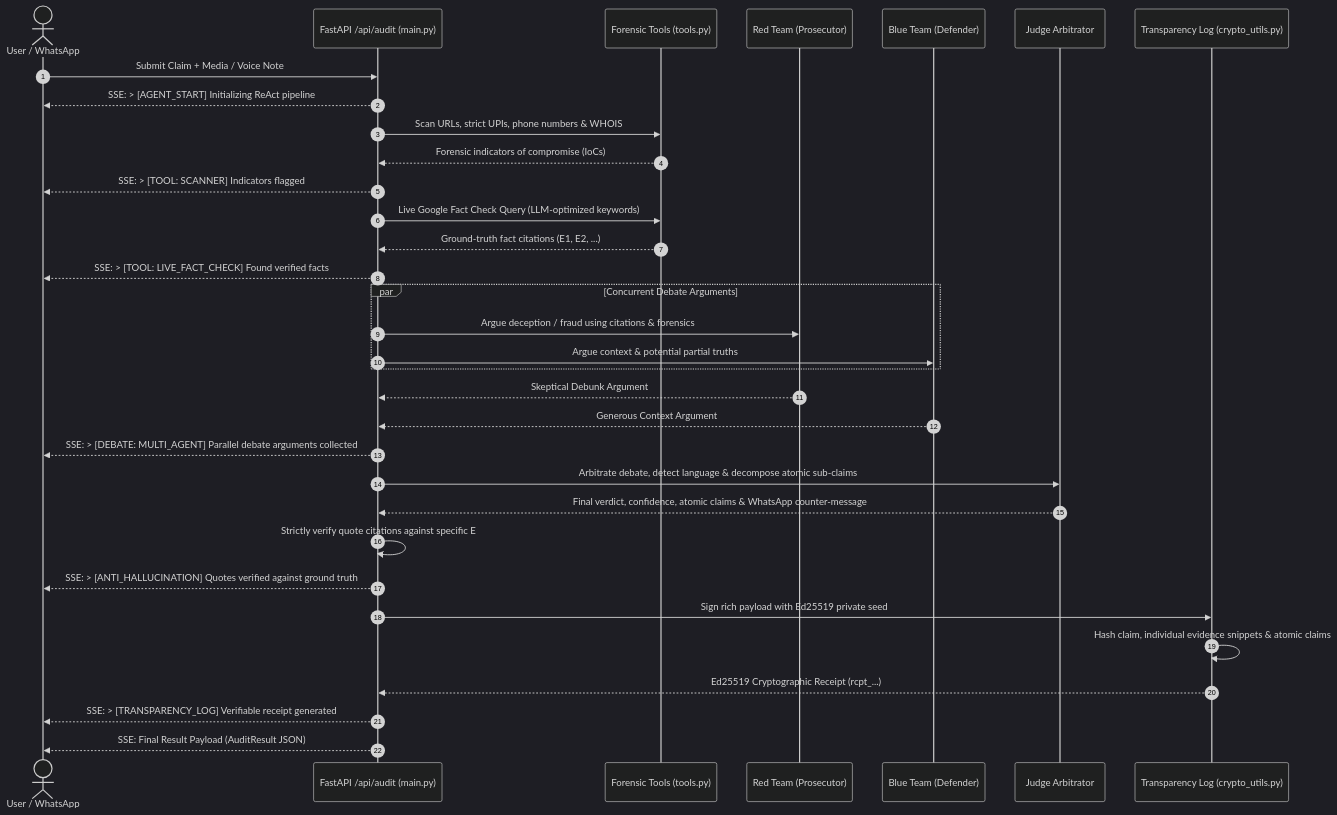
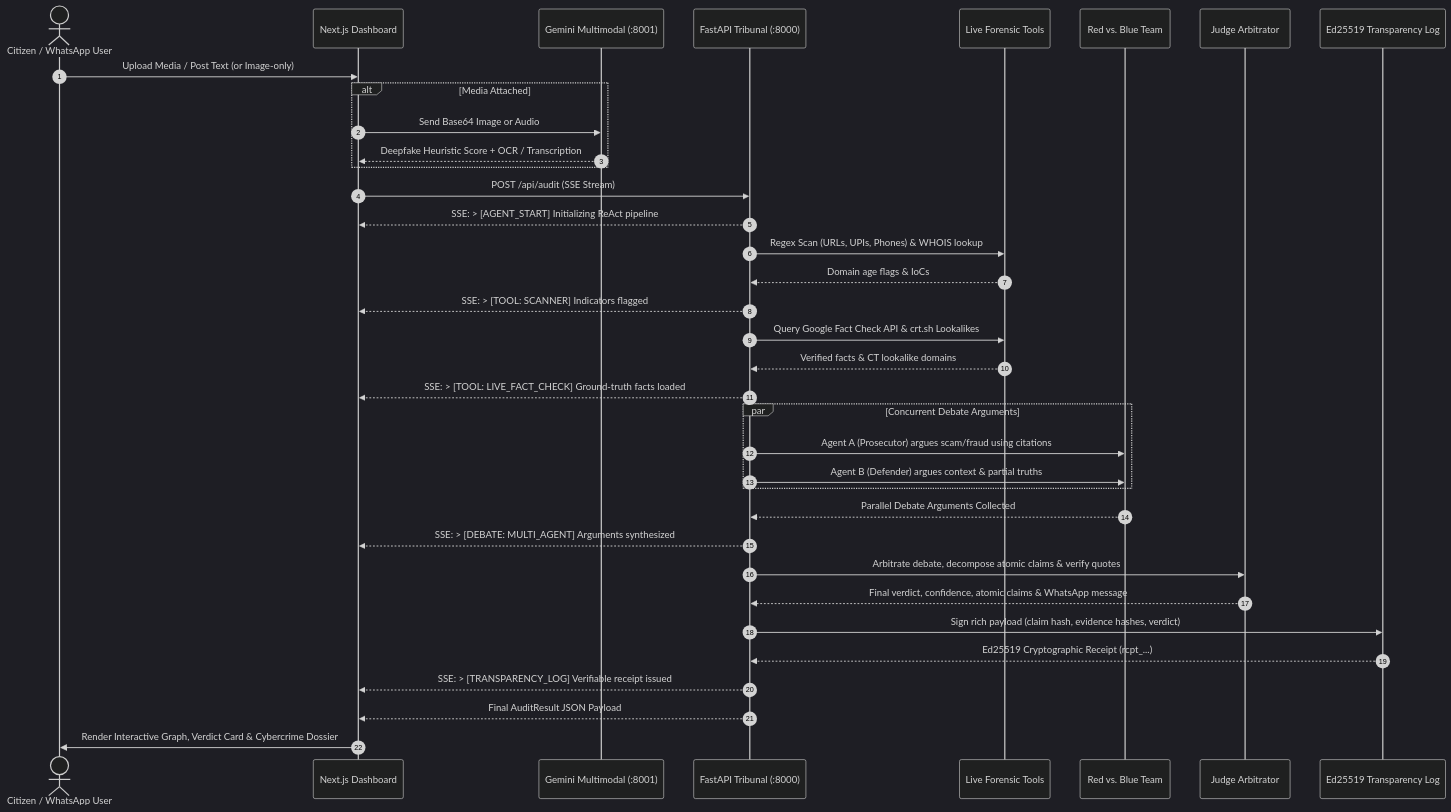
Before and after one commit to VishwaRK-ai/Cameto: the second of 2 diagrams in README.md, drawn with Mermaid (dark theme). The commit also changed other lines of this file and 1 other file, not shown here.

Commit message:
fix graph and updtate readme

````diff
--- a/README.md
+++ b/README.md
@@ -96,40 +116,46 @@
 ```mermaid
 sequenceDiagram
     autonumber
-    actor User as User / WhatsApp
-    participant API as FastAPI /api/audit (main.py)
-    participant Tools as Forensic Tools (tools.py)
-    participant RedTeam as Red Team (Prosecutor)
-    participant BlueTeam as Blue Team (Defender)
+    actor User as Citizen / WhatsApp User
+    participant Frontend as Next.js Dashboard
+    participant Multimodal as Gemini Multimodal (:8001)
+    participant Core as FastAPI Tribunal (:8000)
+    participant Tools as Live Forensic Tools
+    participant Debate as Red vs. Blue Team
     participant Judge as Judge Arbitrator
-    participant Crypto as Transparency Log (crypto_utils.py)
+    participant Crypto as Ed25519 Transparency Log
 
-    User->>API: Submit Claim + Media / Voice Note
-    API-->>User: SSE: > [AGENT_START] Initializing ReAct pipeline
-    API->>Tools: Scan URLs, strict UPIs, phone numbers & WHOIS
-    Tools-->>API: Forensic indicators of compromise (IoCs)
-    API-->>User: SSE: > [TOOL: SCANNER] Indicators flagged
-    API->>Tools: Live Google Fact Check Query (LLM-optimized keywords)
-    Tools-->>API: Ground-truth fact citations (E1, E2, ...)
-    API-->>User: SSE: > [TOOL: LIVE_FACT_CHECK] Found verified facts
+    User->>Frontend: Upload Media / Post Text (or Image-only)
+    alt Media Attached
+        Frontend->>Multimodal: Send Base64 Image or Audio
+        Multimodal-->>Frontend: Deepfake Heuristic Score + OCR / Transcription
+    end
+
+    Frontend->>Core: POST /api/audit (SSE Stream)
+    Core-->>Frontend: SSE: > [AGENT_START] Initializing ReAct pipeline
+    
+    Core->>Tools: Regex Scan (URLs, UPIs, Phones) & WHOIS lookup
+    Tools-->>Core: Domain age flags & IoCs
+    Core-->>Frontend: SSE: > [TOOL: SCANNER] Indicators flagged
+    
+    Core->>Tools: Query Google Fact Check API & crt.sh Lookalikes
+    Tools-->>Core: Verified facts & CT lookalike domains
+    Core-->>Frontend: SSE: > [TOOL: LIVE_FACT_CHECK] Ground-truth facts loaded
 
     par Concurrent Debate Arguments
-        API->>RedTeam: Argue deception / fraud using citations & forensics
-        API->>BlueTeam: Argue context & potential partial truths
+        Core->>Debate: Agent A (Prosecutor) argues scam/fraud using citations
+        Core->>Debate: Agent B (Defender) argues context & partial truths
     end
-    RedTeam-->>API: Skeptical Debunk Argument
-    BlueTeam-->>API: Generous Context Argument
-    API-->>User: SSE: > [DEBATE: MULTI_AGENT] Parallel debate arguments collected
+    Debate-->>Core: Parallel Debate Arguments Collected
+    Core-->>Frontend: SSE: > [DEBATE: MULTI_AGENT] Arguments synthesized
 
-    API->>Judge: Arbitrate debate, detect language & decompose atomic sub-claims
-    Judge-->>API: Final verdict, confidence, atomic claims & WhatsApp counter-message
-    API->>API: Strictly verify quote citations against specific E# snippet
-    API-->>User: SSE: > [ANTI_HALLUCINATION] Quotes verified against ground truth
+    Core->>Judge: Arbitrate debate, decompose atomic claims & verify quotes
+    Judge-->>Core: Final verdict, confidence, atomic claims & WhatsApp message
+    
+    Core->>Crypto: Sign rich payload (claim hash, evidence hashes, verdict)
+    Crypto-->>Core: Ed25519 Cryptographic Receipt (rcpt_...)
+    Core-->>Frontend: SSE: > [TRANSPARENCY_LOG] Verifiable receipt issued
 
-    API->>Crypto: Sign rich payload with Ed25519 private seed
-    Crypto->>Crypto: Hash claim, individual evidence snippets & atomic claims
-    Crypto-->>API: Ed25519 Cryptographic Receipt (rcpt_...)
-    API-->>User: SSE: > [TRANSPARENCY_LOG] Verifiable receipt generated
-
-    API-->>User: SSE: Final Result Payload (AuditResult JSON)
+    Core-->>Frontend: Final AuditResult JSON Payload
+    Frontend->>User: Render Interactive Graph, Verdict Card & Cybercrime Dossier
 ```
````
